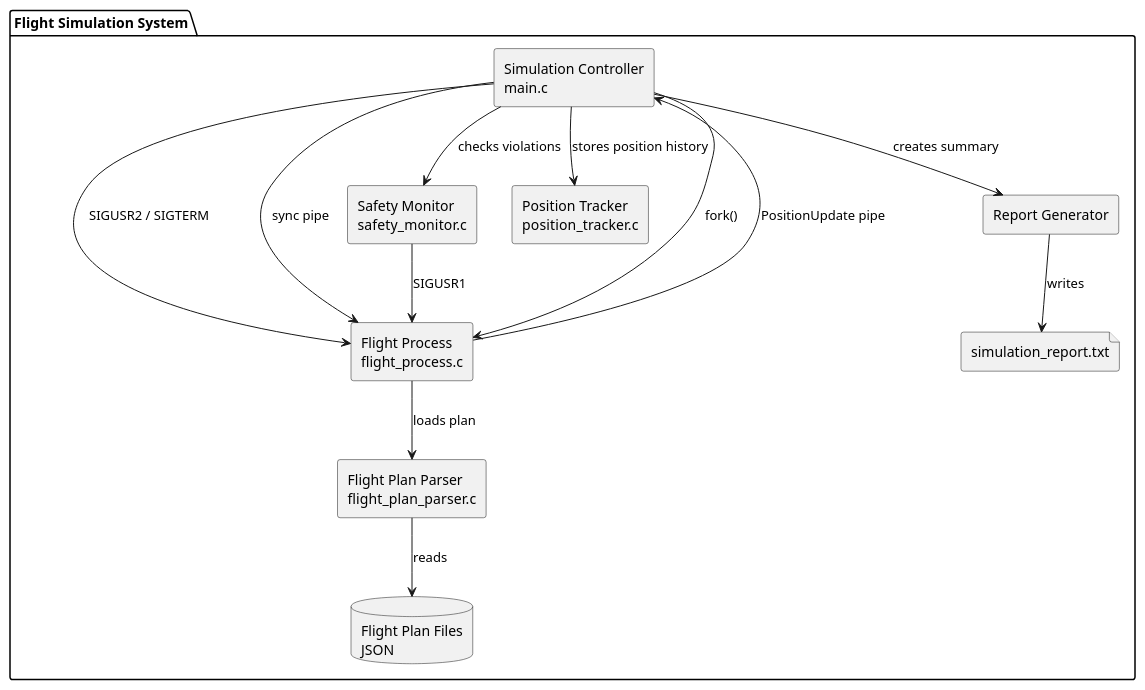
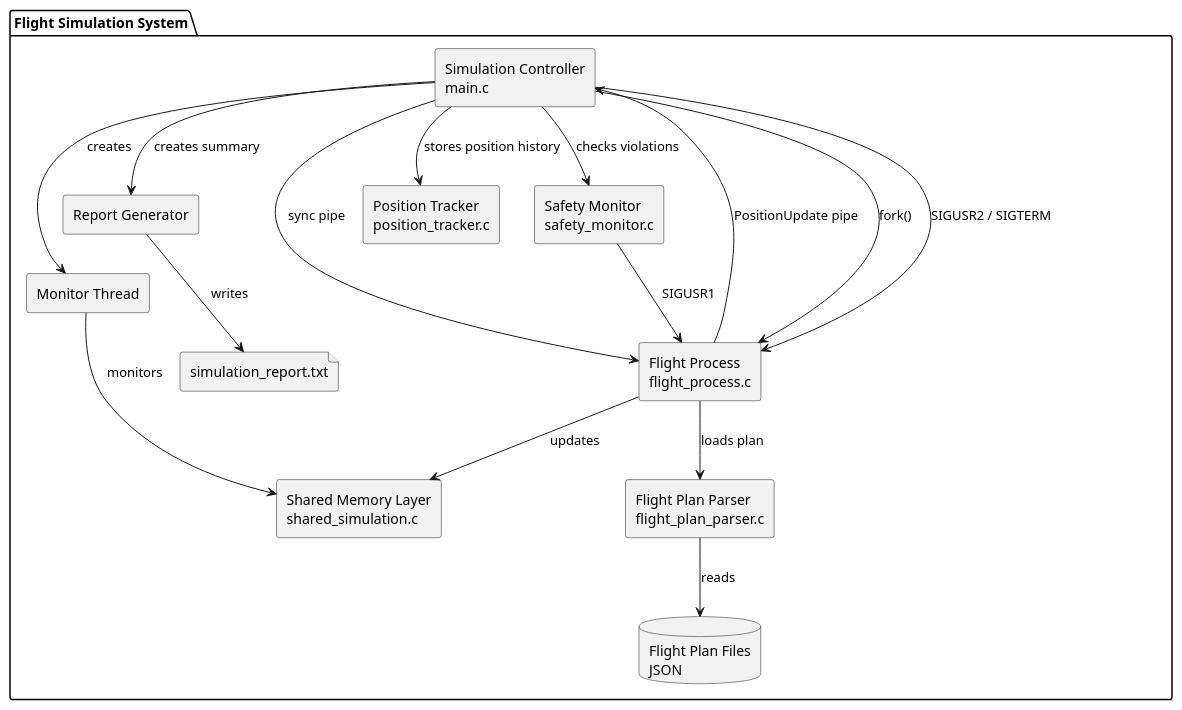
The diagram in scomp/docs/README.md (goncalolopesp/sem4pi2526-sem4pi2526_2di5), drawn with PlantUML before and after one commit. The commit also changed other lines of this file and 4 other files, not shown here.

````diff
--- a/scomp/docs/README.md
+++ b/scomp/docs/README.md
@@ -559,34 +592,40 @@
 ```puml
 @startuml
 
 skinparam componentStyle rectangle
 
 package "Flight Simulation System" {
 
     [Simulation Controller\nmain.c] as Main
     [Flight Process\nflight_process.c] as FlightProcess
     [Flight Plan Parser\nflight_plan_parser.c] as Parser
     [Position Tracker\nposition_tracker.c] as Tracker
     [Safety Monitor\nsafety_monitor.c] as Safety
     [Report Generator] as Report
+    [Shared Memory Layer\nshared_simulation.c] as Shared
+    [Monitor Thread] as Thread
 
     database "Flight Plan Files\nJSON" as Json
     file "simulation_report.txt" as ReportFile
 }
 
 Main --> FlightProcess : fork()
 Main --> FlightProcess : SIGUSR2 / SIGTERM
 Main --> FlightProcess : sync pipe
 FlightProcess --> Main : PositionUpdate pipe
 
 FlightProcess --> Parser : loads plan
 Parser --> Json : reads
 
 Main --> Tracker : stores position history
 Main --> Safety : checks violations
 Safety --> FlightProcess : SIGUSR1
 Main --> Report : creates summary
 Report --> ReportFile : writes
 
+FlightProcess --> Shared : updates
+Thread --> Shared : monitors
+Main --> Thread : creates
+
 @enduml
 ```
````
